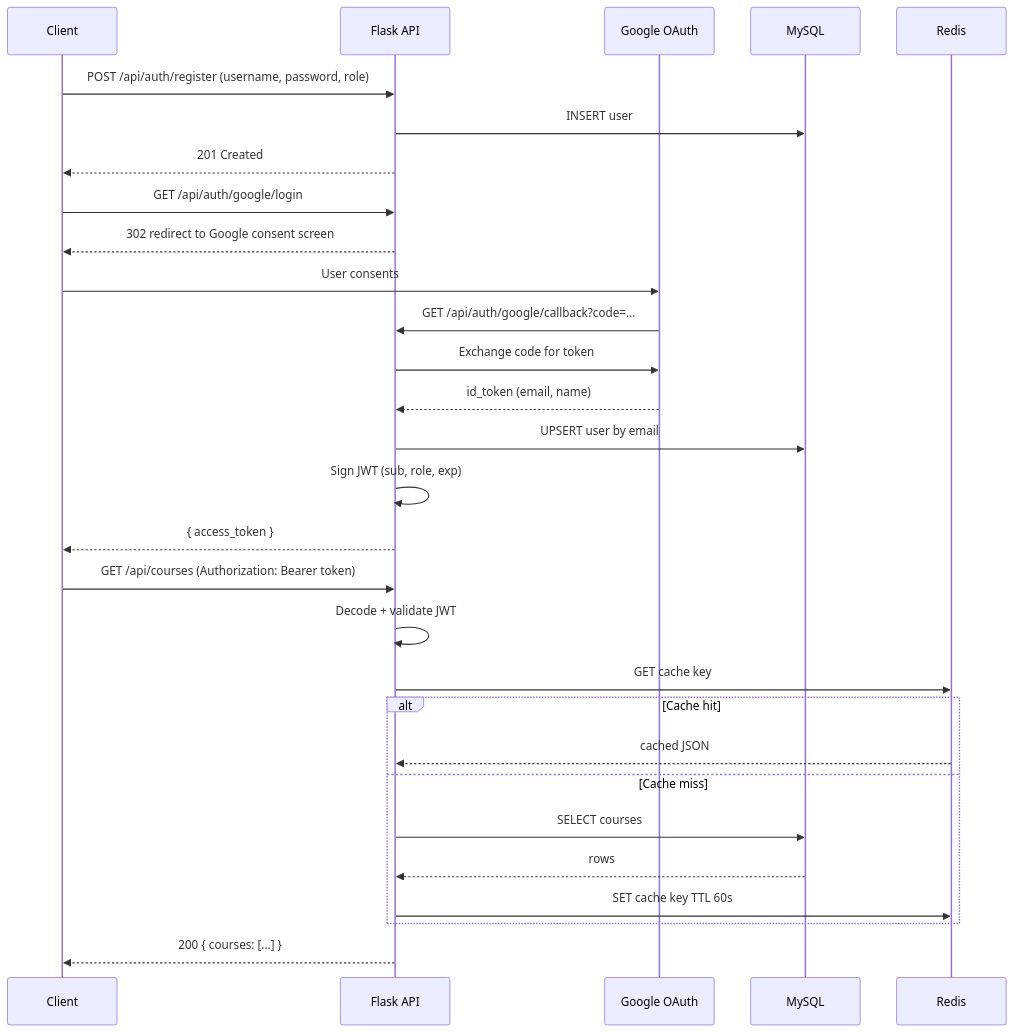
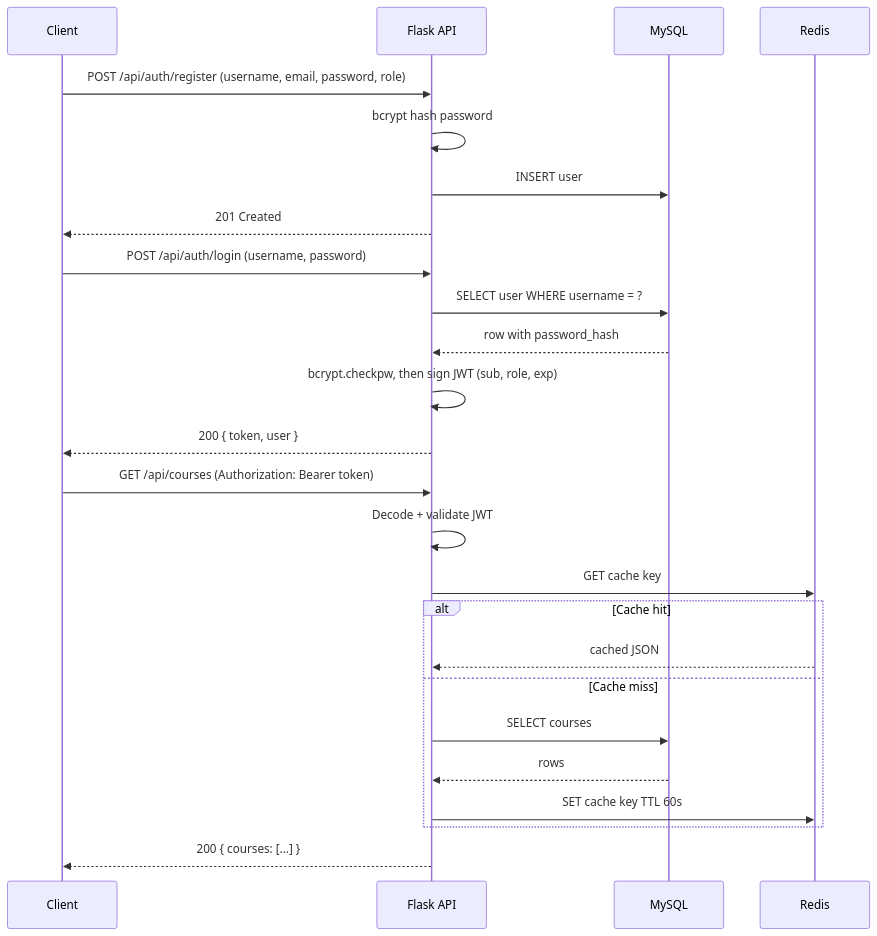
One commit to camarly/course-management-system changed the second of 5 diagrams in docs/PROJECT_PLAN.md. Above: the diagram before and after it, drawn with Mermaid. The commit also changed other lines of this file and 33 other files, not shown here.

First line of the commit message:
feat: Phase 1 complete — JWT auth, cache, celery, tests, Docker-only docs

````diff
--- a/docs/PROJECT_PLAN.md
+++ b/docs/PROJECT_PLAN.md
@@ -77,34 +74,30 @@
 ```mermaid
 sequenceDiagram
     participant C as Client
     participant F as Flask API
-    participant G as Google OAuth
     participant DB as MySQL
     participant R as Redis
 
-    C->>F: POST /api/auth/register (username, password, role)
+    C->>F: POST /api/auth/register (username, email, password, role)
+    F->>F: bcrypt hash password
     F->>DB: INSERT user
     F-->>C: 201 Created
 
-    C->>F: GET /api/auth/google/login
-    F-->>C: 302 redirect to Google consent screen
-    C->>G: User consents
-    G->>F: GET /api/auth/google/callback?code=...
-    F->>G: Exchange code for token
-    G-->>F: id_token (email, name)
-    F->>DB: UPSERT user by email
-    F->>F: Sign JWT (sub, role, exp)
-    F-->>C: { access_token }
+    C->>F: POST /api/auth/login (username, password)
+    F->>DB: SELECT user WHERE username = ?
+    DB-->>F: row with password_hash
+    F->>F: bcrypt.checkpw, then sign JWT (sub, role, exp)
+    F-->>C: 200 { token, user }
 
     C->>F: GET /api/courses (Authorization: Bearer token)
     F->>F: Decode + validate JWT
     F->>R: GET cache key
     alt Cache hit
         R-->>F: cached JSON
     else Cache miss
         F->>DB: SELECT courses
         DB-->>F: rows
         F->>R: SET cache key TTL 60s
     end
     F-->>C: 200 { courses: [...] }
 ```
````
